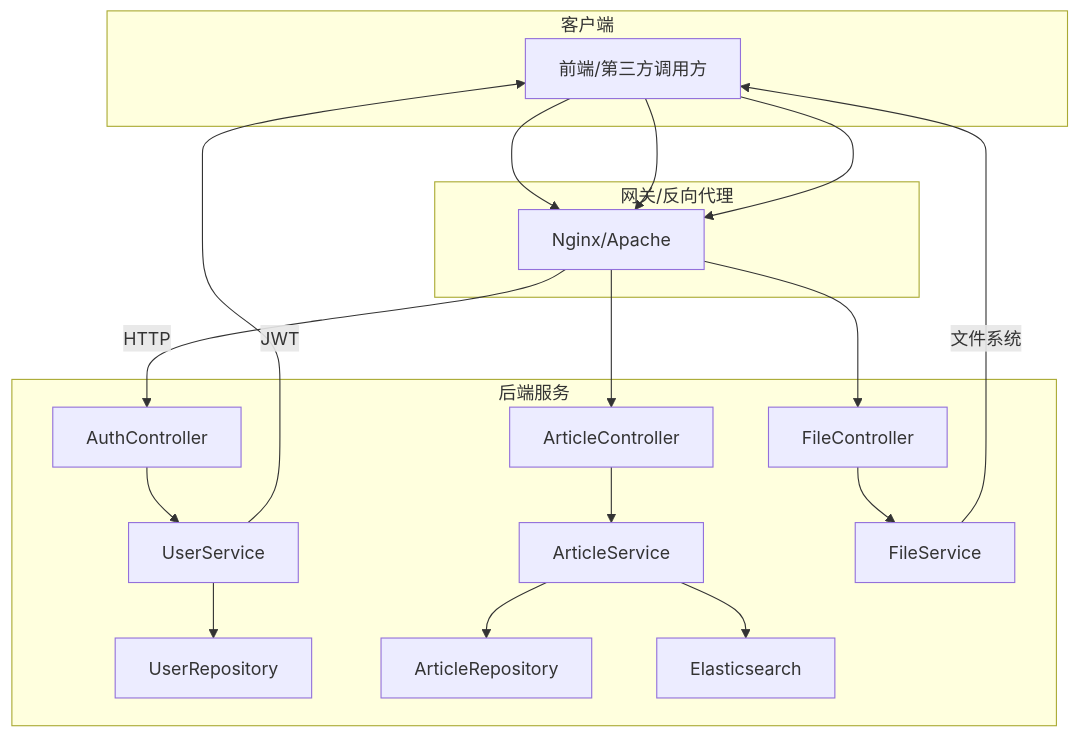
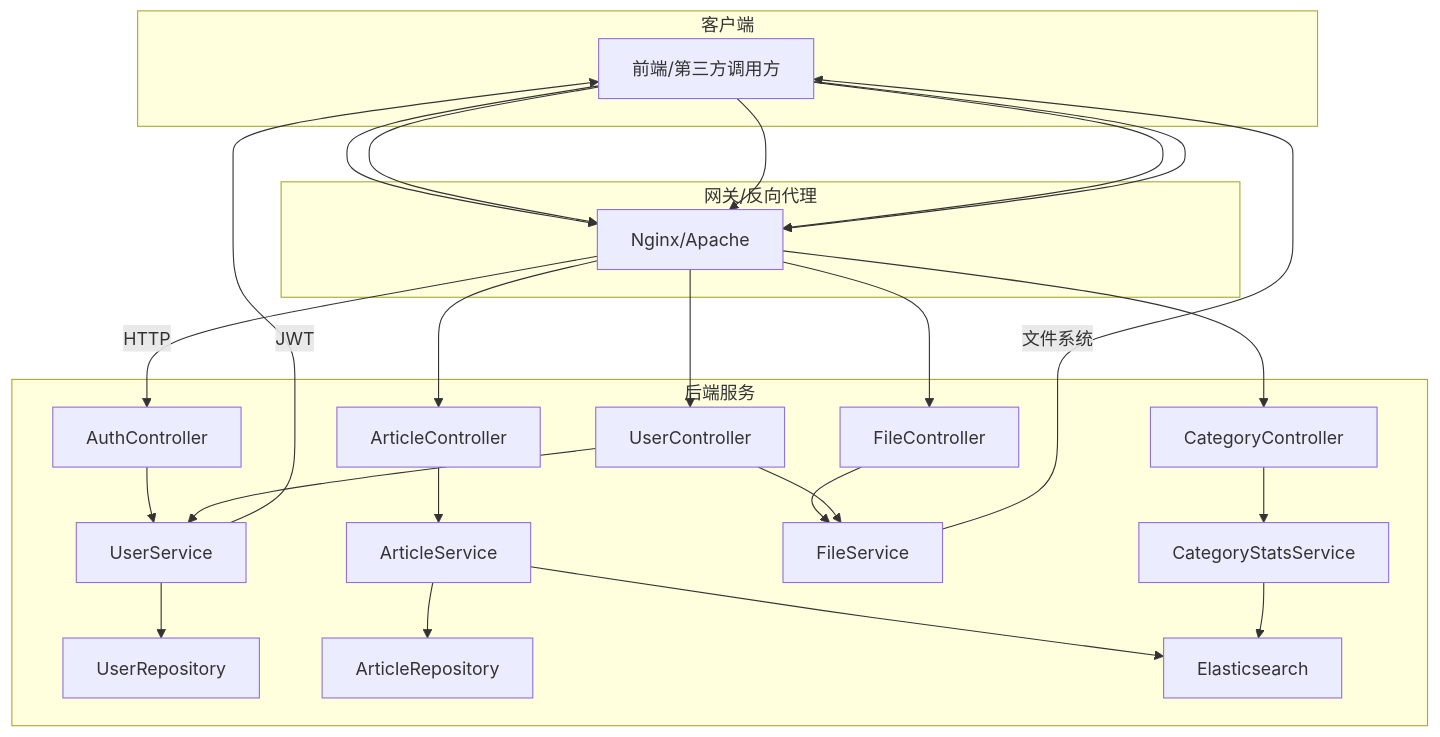
The first of 3 diagrams in .qoder/repowiki/zh/content/API接口参考/API接口参考.md (20164206160/zhishilu), drawn with Mermaid before and after one commit. The commit also changed other lines of this file and 28 other files, not shown here.

````diff
--- a/.qoder/repowiki/zh/content/API接口参考/API接口参考.md
+++ b/.qoder/repowiki/zh/content/API接口参考/API接口参考.md
@@ -43,31 +50,40 @@
 ```mermaid
 graph TB
 subgraph "客户端"
 FE["前端/第三方调用方"]
 end
 subgraph "网关/反向代理"
 GW["Nginx/Apache"]
 end
 subgraph "后端服务"
 AC["AuthController"]
 ARIC["ArticleController"]
 FC["FileController"]
+UC["UserController"]
+CC["CategoryController"]
 US["UserService"]
 AS["ArticleService"]
 FS["FileService"]
+CSS["CategoryStatsService"]
 REPO_U["UserRepository"]
 REPO_A["ArticleRepository"]
 ES["Elasticsearch"]
 end
 FE --> GW --> |"HTTP"| AC
 FE --> GW --> ARIC
 FE --> GW --> FC
+FE --> GW --> UC
+FE --> GW --> CC
 AC --> US
 US --> REPO_U
 US --> |"JWT"| FE
 ARIC --> AS
 AS --> REPO_A
 AS --> ES
+CC --> CSS
+CSS --> ES
 FC --> FS
 FS --> |"文件系统"| FE
+UC --> US
+UC --> FS
 ```
````
